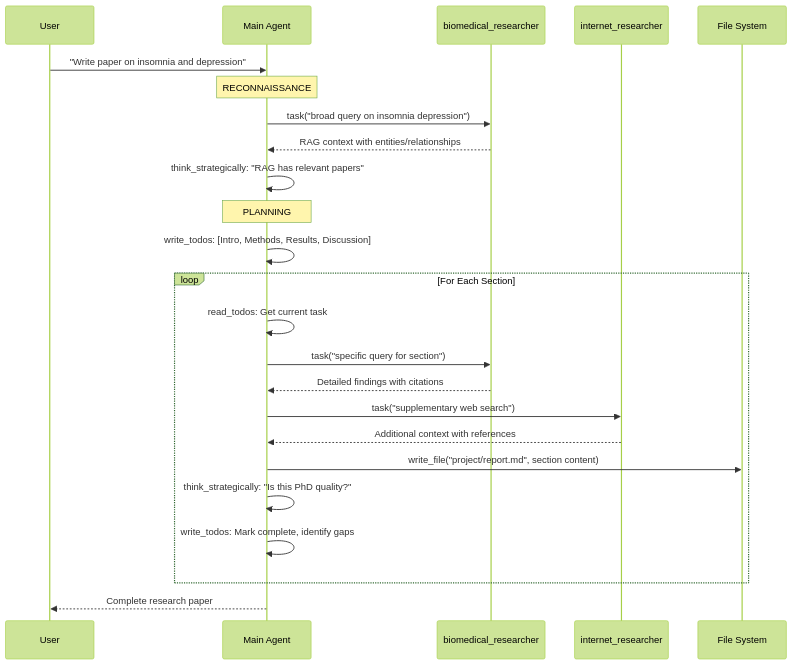
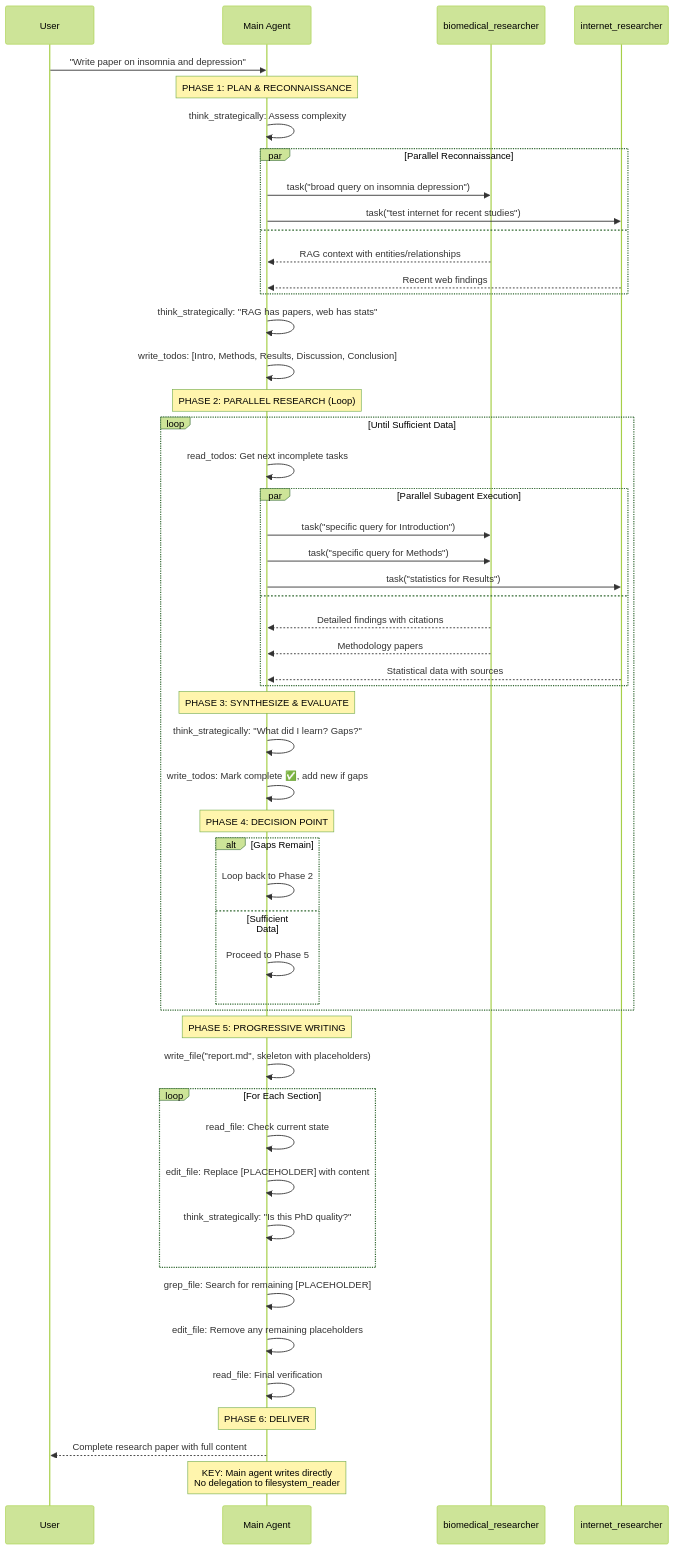
One commit to aditya-ladawa/daedalus changed the third of 5 diagrams in project_architecture_documentation.md. Above: the diagram before and after it, drawn with Mermaid (forest theme). The commit also changed other lines of this file and 19 other files, not shown here.

````diff
--- a/project_architecture_documentation.md
+++ b/project_architecture_documentation.md
@@ -524,31 +526,67 @@
 ```mermaid
 sequenceDiagram
     participant U as User
     participant M as Main Agent
     participant BR as biomedical_researcher
     participant IR as internet_researcher
-    participant F as File System
 
     U->>M: "Write paper on insomnia and depression"
 
-    Note over M: RECONNAISSANCE
-    M->>BR: task("broad query on insomnia depression")
-    BR-->>M: RAG context with entities/relationships
-    M->>M: think_strategically: "RAG has relevant papers"
+    Note over M: PHASE 1: PLAN & RECONNAISSANCE
+    M->>M: think_strategically: Assess complexity
 
-    Note over M: PLANNING
-    M->>M: write_todos: [Intro, Methods, Results, Discussion]
+    par Parallel Reconnaissance
+        M->>BR: task("broad query on insomnia depression")
+        M->>IR: task("test internet for recent studies")
+    and
+        BR-->>M: RAG context with entities/relationships
+        IR-->>M: Recent web findings
+    end
+
+    M->>M: think_strategically: "RAG has papers, web has stats"
+    M->>M: write_todos: [Intro, Methods, Results, Discussion, Conclusion]
+
+    Note over M: PHASE 2: PARALLEL RESEARCH (Loop)
+    loop Until Sufficient Data
+        M->>M: read_todos: Get next incomplete tasks
+
+        par Parallel Subagent Execution
+            M->>BR: task("specific query for Introduction")
+            M->>BR: task("specific query for Methods")
+            M->>IR: task("statistics for Results")
+        and
+            BR-->>M: Detailed findings with citations
+            BR-->>M: Methodology papers
+            IR-->>M: Statistical data with sources
+        end
+
+        Note over M: PHASE 3: SYNTHESIZE & EVALUATE
+        M->>M: think_strategically: "What did I learn? Gaps?"
+        M->>M: write_todos: Mark complete ✅, add new if gaps
+
+        Note over M: PHASE 4: DECISION POINT
+        alt Gaps Remain
+            M->>M: Loop back to Phase 2
+        else Sufficient Data
+            M->>M: Proceed to Phase 5
+        end
+    end
+
+    Note over M: PHASE 5: PROGRESSIVE WRITING
+    M->>M: write_file("report.md", skeleton with placeholders)
 
     loop For Each Section
-        M->>M: read_todos: Get current task
-        M->>BR: task("specific query for section")
-        BR-->>M: Detailed findings with citations
-        M->>IR: task("supplementary web search")
-        IR-->>M: Additional context with references
-        M->>F: write_file("project/report.md", section content)
+        M->>M: read_file: Check current state
+        M->>M: edit_file: Replace [PLACEHOLDER] with content
         M->>M: think_strategically: "Is this PhD quality?"
-        M->>M: write_todos: Mark complete, identify gaps
     end
 
-    M-->>U: Complete research paper
+    M->>M: grep_file: Search for remaining [PLACEHOLDER]
+    M->>M: edit_file: Remove any remaining placeholders
+    M->>M: read_file: Final verification
+
+    Note over M: PHASE 6: DELIVER
+    M-->>U: Complete research paper with full content
+
+    Note over M: KEY: Main agent writes directly<br/>No delegation to filesystem_reader
 ```
````
